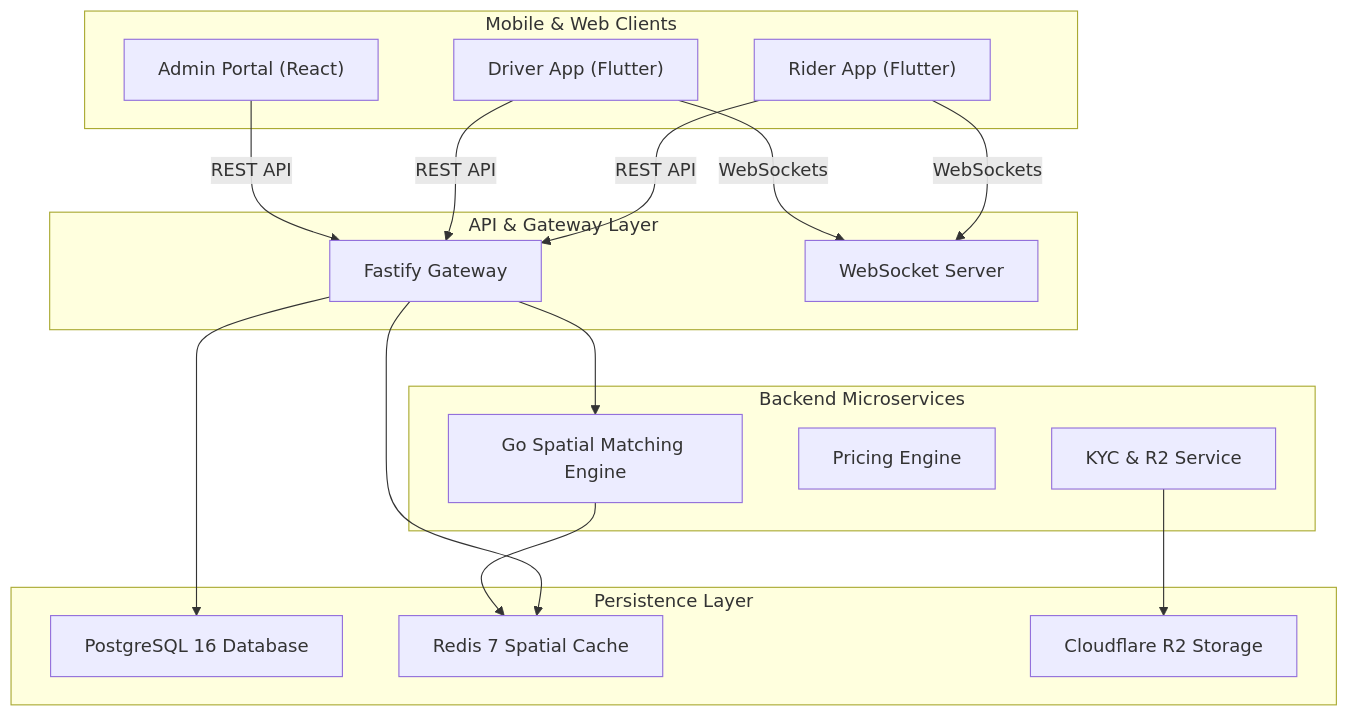
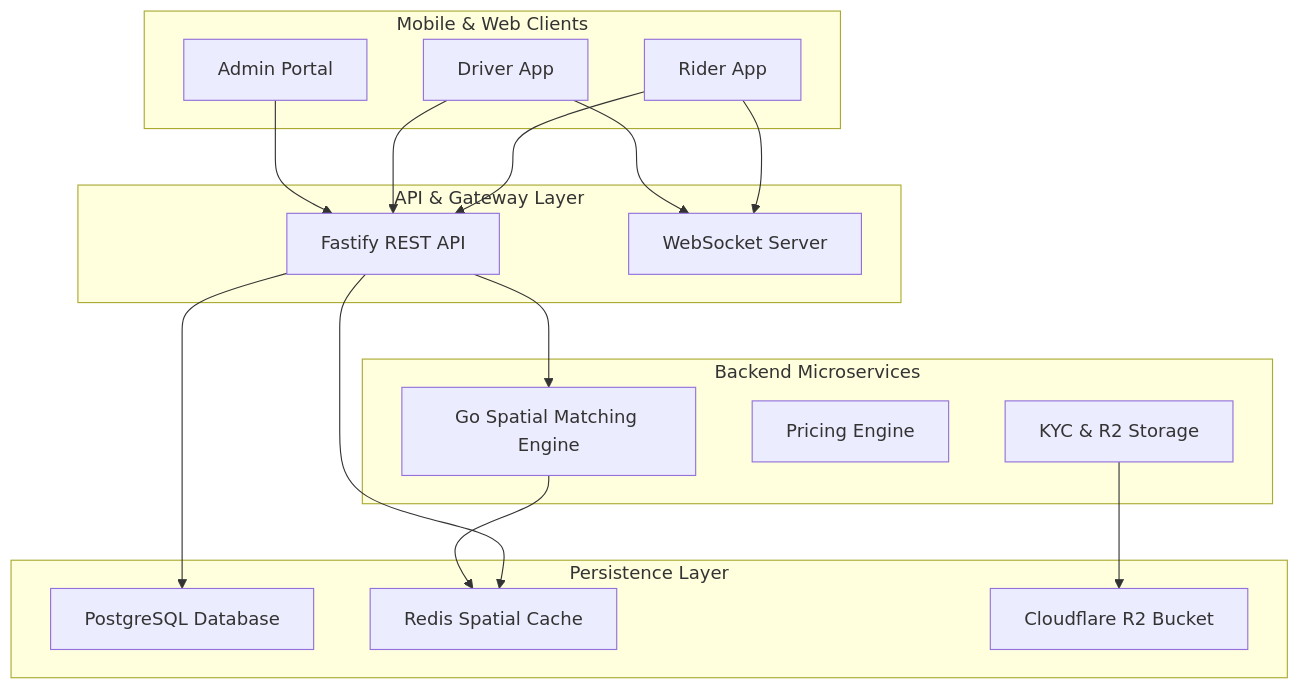
One commit to er-anubhav/ride-matching changed the diagram in README.md. Above: the diagram before and after it, drawn with Mermaid.

Commit message:
Simplify Mermaid diagram to prevent Dagre edge label layout calculation error

````diff
--- a/README.md
+++ b/README.md
@@ -46,39 +46,39 @@
 ```mermaid
-graph TB
+graph TD
     subgraph Clients["Mobile & Web Clients"]
-        RA["Rider App (Flutter)"]
-        DA["Driver App (Flutter)"]
-        AP["Admin Portal (React)"]
+        RA["Rider App"]
+        DA["Driver App"]
+        AP["Admin Portal"]
     end
 
     subgraph Gateway["API & Gateway Layer"]
-        API["Fastify Gateway"]
+        API["Fastify REST API"]
         WS["WebSocket Server"]
     end
 
     subgraph Services["Backend Microservices"]
         GME["Go Spatial Matching Engine"]
         PE["Pricing Engine"]
-        KYC["KYC & R2 Service"]
+        KYC["KYC & R2 Storage"]
     end
 
     subgraph Data["Persistence Layer"]
-        PG["PostgreSQL 16 Database"]
-        RD["Redis 7 Spatial Cache"]
-        R2["Cloudflare R2 Storage"]
+        PG["PostgreSQL Database"]
+        RD["Redis Spatial Cache"]
+        R2["Cloudflare R2 Bucket"]
     end
 
-    RA -->|REST API| API
-    DA -->|REST API| API
-    AP -->|REST API| API
+    RA --> API
+    DA --> API
+    AP --> API
 
-    RA -->|WebSockets| WS
-    DA -->|WebSockets| WS
+    RA --> WS
+    DA --> WS
 
     API --> PG
     API --> RD
     API --> GME
 
     GME --> RD
     KYC --> R2
 ```
````
